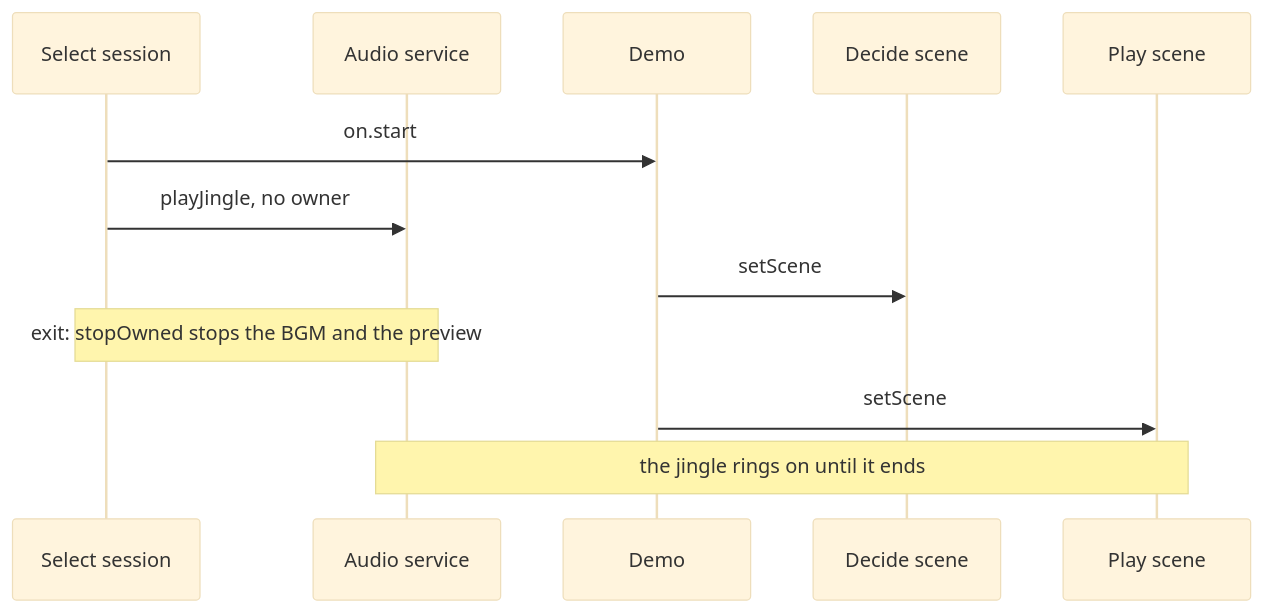
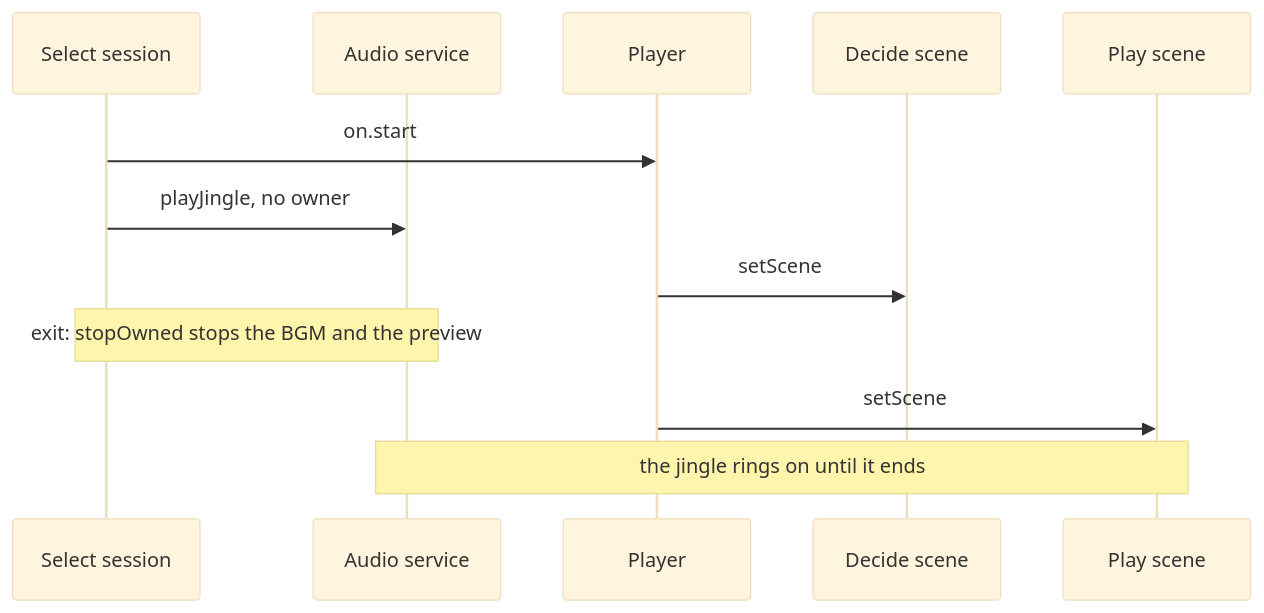
One commit to nulltask/be-music changed diagram 11 of 17 in docs/player-web.md. Above: the diagram before and after it, drawn with Mermaid (base theme). The commit also changed other lines of this file and 153 other files, not shown here.

Commit message:
refactor(app-play): use player terminology and migrate storage

````diff
--- a/docs/player-web.md
+++ b/docs/player-web.md
@@ -559,14 +559,14 @@
 ```mermaid
 sequenceDiagram
   participant Select as Select session
   participant Audio as Audio service
-  participant Demo
+  participant Player
   participant Decide as Decide scene
   participant Play as Play scene
-  Select->>Demo: on.start
+  Select->>Player: on.start
   Select->>Audio: playJingle, no owner
-  Demo->>Decide: setScene
+  Player->>Decide: setScene
   Note over Select,Audio: exit: stopOwned stops the BGM and the preview
-  Demo->>Play: setScene
+  Player->>Play: setScene
   Note over Audio,Play: the jingle rings on until it ends
 ```
````
